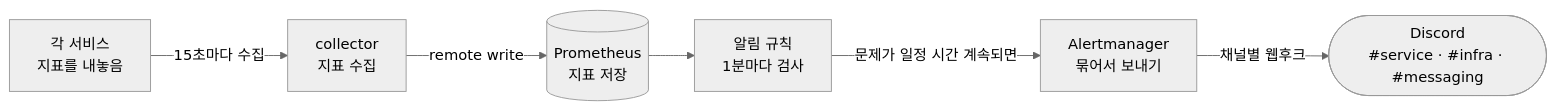
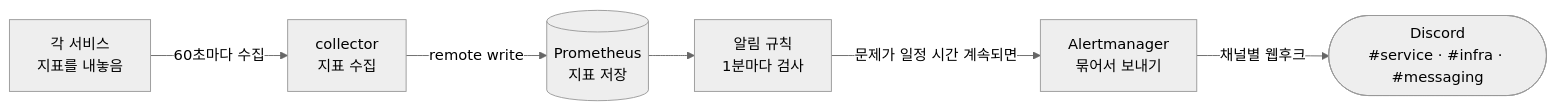
One commit to rivertw777/ModuDrive-API changed the first of 2 diagrams in .docs/spec/008-discord-alert-spec.md. Above: the diagram before and after it, drawn with Mermaid (neutral theme). The commit also changed other lines of this file and 6 other files, not shown here.

````diff
--- a/.docs/spec/008-discord-alert-spec.md
+++ b/.docs/spec/008-discord-alert-spec.md
@@ -44,15 +44,15 @@
 ```mermaid
 flowchart LR
     M["각 서비스<br/>지표를 내놓음"]
     C["collector<br/>지표 수집"]
     P[("Prometheus<br/>지표 저장")]
     R["알림 규칙<br/>1분마다 검사"]
     A["Alertmanager<br/>묶어서 보내기"]
     D(["Discord<br/>#service · #infra · #messaging"])
 
-    M -- "15초마다 수집" --> C
+    M -- "60초마다 수집" --> C
     C -- "remote write" --> P
     P --> R
     R -- "문제가 일정 시간 계속되면" --> A
     A -- "채널별 웹후크" --> D
 ```
````
